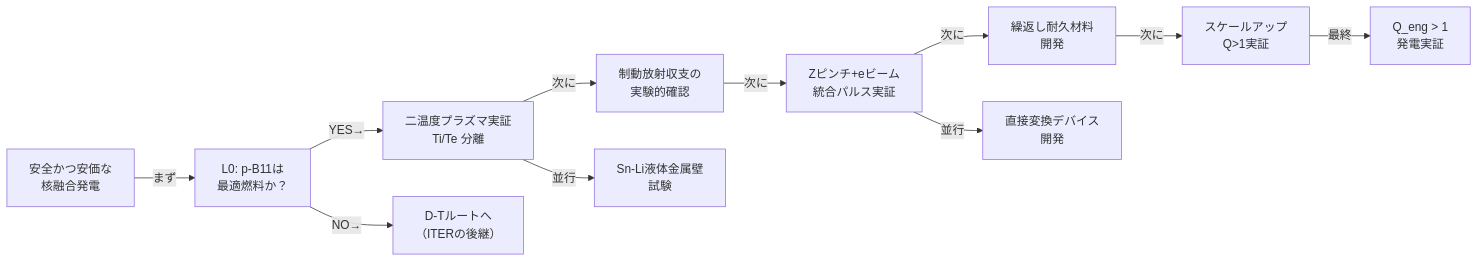
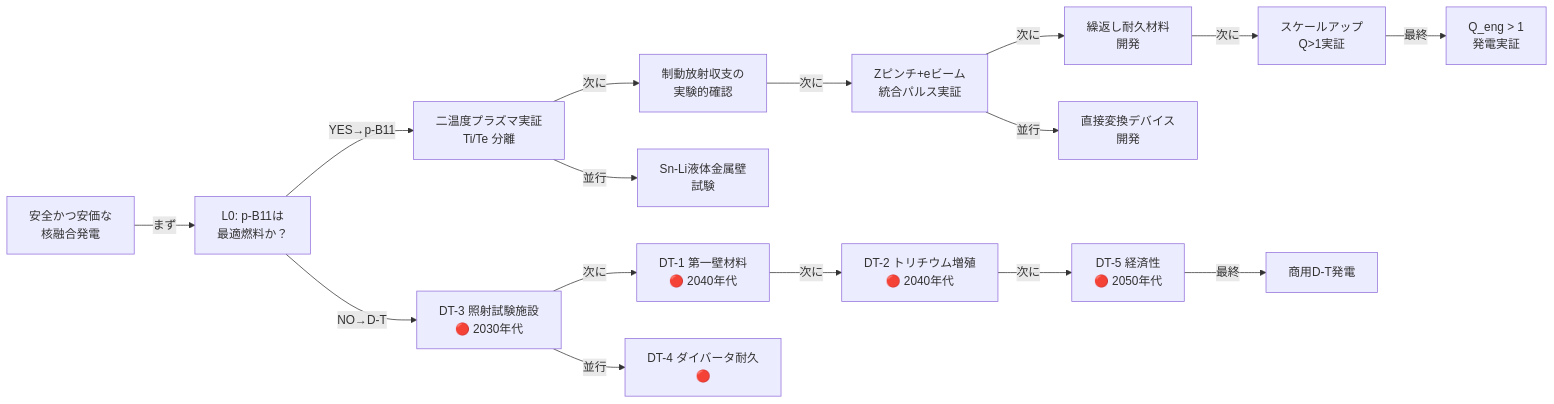
One commit to GoodRelax/pb11-fusion changed the fourth of 4 diagrams in yomons/overview.md. Above: the diagram before and after it, drawn with Mermaid. The commit also changed other lines of this file, not shown here.

````diff
--- a/yomons/overview.md
+++ b/yomons/overview.md
@@ -860,14 +955,20 @@
 ```mermaid
 flowchart LR
     START["安全かつ安価な\n核融合発電"] -->|"まず"| L0Q["L0: p-B11は\n最適燃料か？"]
-    L0Q -->|"YES→"| CP1["二温度プラズマ実証\nTi/Te 分離"]
-    L0Q -->|"NO→"| ALT["D-Tルートへ\n（ITERの後継）"]
+
+    L0Q -->|"YES→p-B11"| CP1["二温度プラズマ実証\nTi/Te 分離"]
     CP1 -->|"次に"| CP2["制動放射収支の\n実験的確認"]
     CP2 -->|"次に"| CP3["Zピンチ+eビーム\n統合パルス実証"]
     CP3 -->|"次に"| CP4["繰返し耐久材料\n開発"]
     CP4 -->|"次に"| CP5["スケールアップ\nQ>1実証"]
     CP5 -->|"最終"| GOAL["Q_eng > 1\n発電実証"]
-
     CP1 -->|"並行"| M1["Sn-Li液体金属壁\n試験"]
     CP3 -->|"並行"| M2["直接変換デバイス\n開発"]
+
+    L0Q -->|"NO→D-T"| DT3["DT-3 照射試験施設\n🔴 2030年代"]
+    DT3 -->|"次に"| DT1["DT-1 第一壁材料\n🔴 2040年代"]
+    DT1 -->|"次に"| DT2["DT-2 トリチウム増殖\n🔴 2040年代"]
+    DT3 -->|"並行"| DT4["DT-4 ダイバータ耐久\n🔴"]
+    DT2 -->|"次に"| DT5["DT-5 経済性\n🔴 2050年代"]
+    DT5 -->|"最終"| GOAL2["商用D-T発電"]
 ```
````
